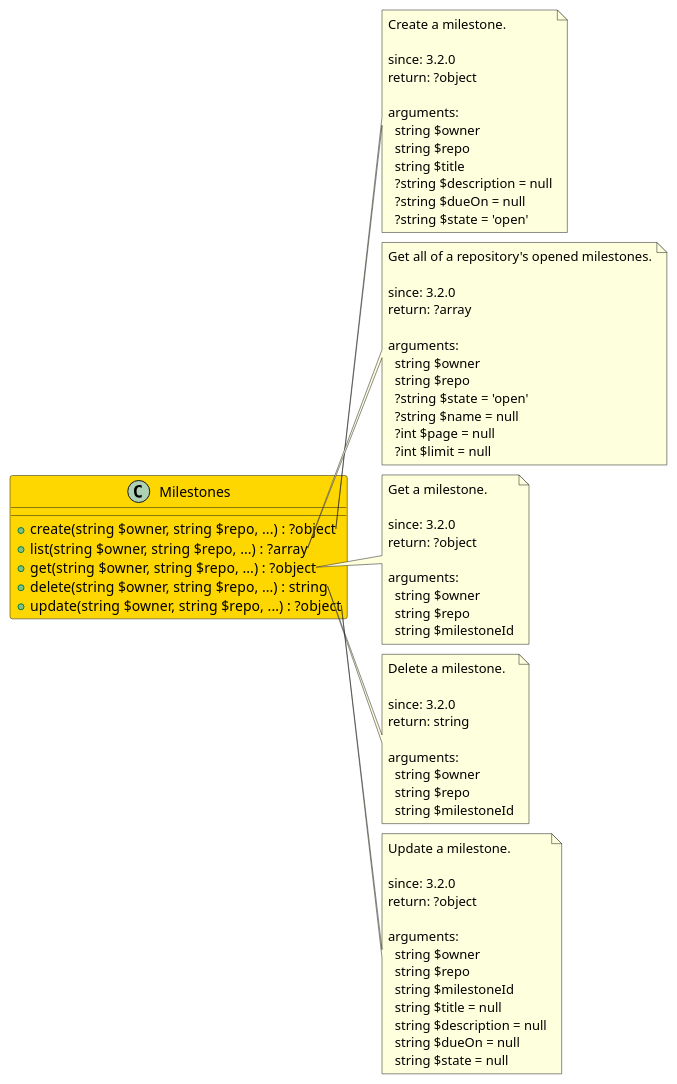
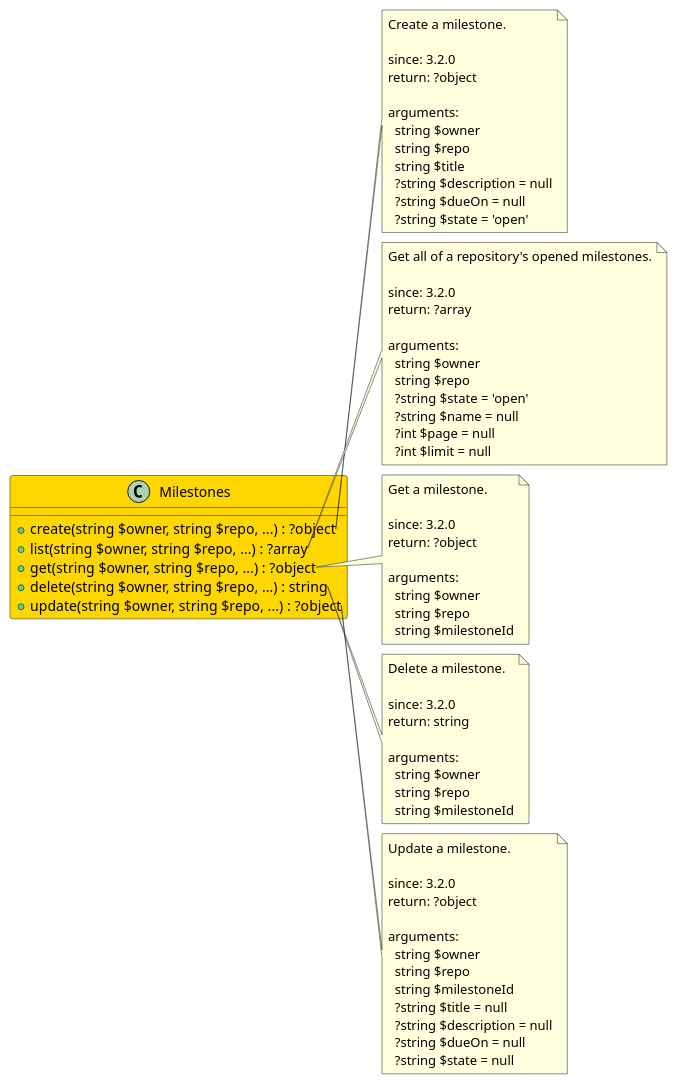
The diagram in src/f428beab-10f4-4c0d-bb9e-8c797ed7a7c9/README.md (joomengine/gitea), drawn with PlantUML before and after one commit. The commit also changed 28 other files, not shown here.

```diff
--- a/src/f428beab-10f4-4c0d-bb9e-8c797ed7a7c9/README.md
+++ b/src/f428beab-10f4-4c0d-bb9e-8c797ed7a7c9/README.md
@@ -78,10 +78,10 @@
     string $owner
     string $repo
     string $milestoneId
-    string $title = null
-    string $description = null
-    string $dueOn = null
-    string $state = null
+    ?string $title = null
+    ?string $description = null
+    ?string $dueOn = null
+    ?string $state = null
 end note
 
 @enduml
```
